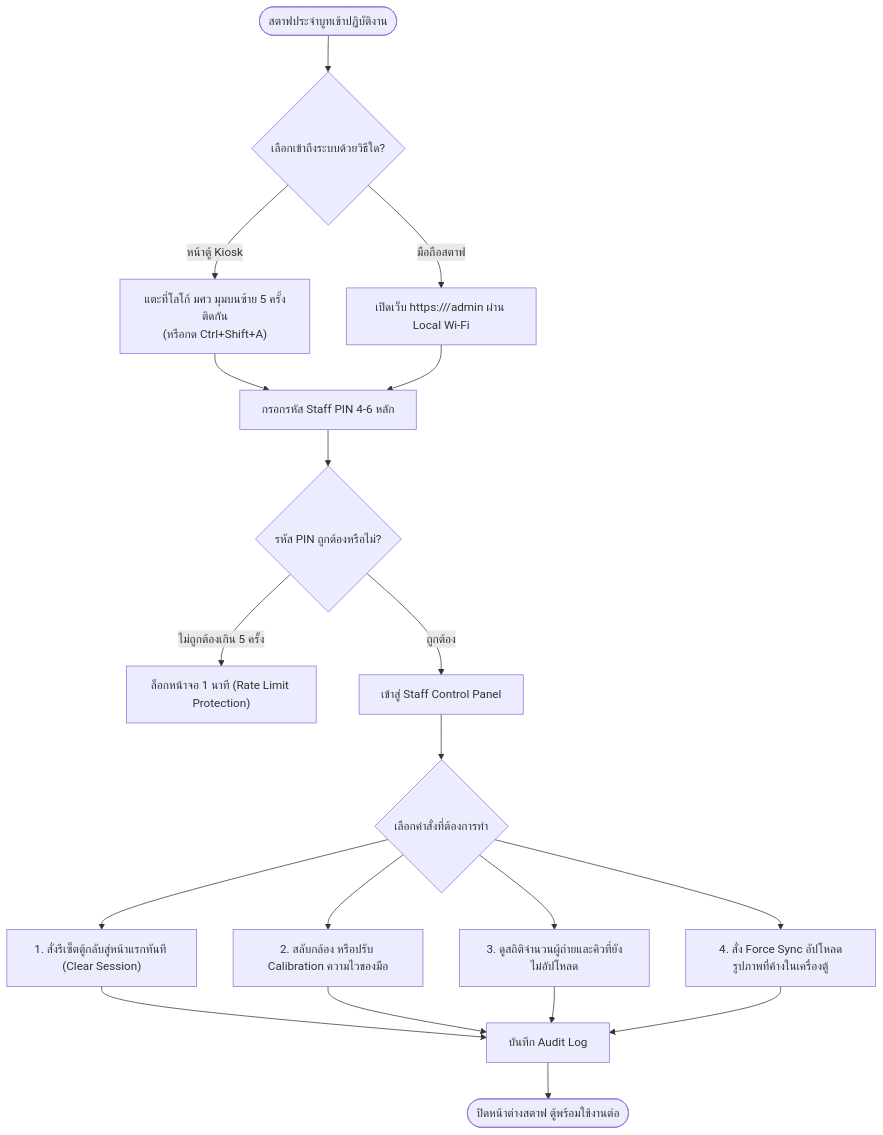
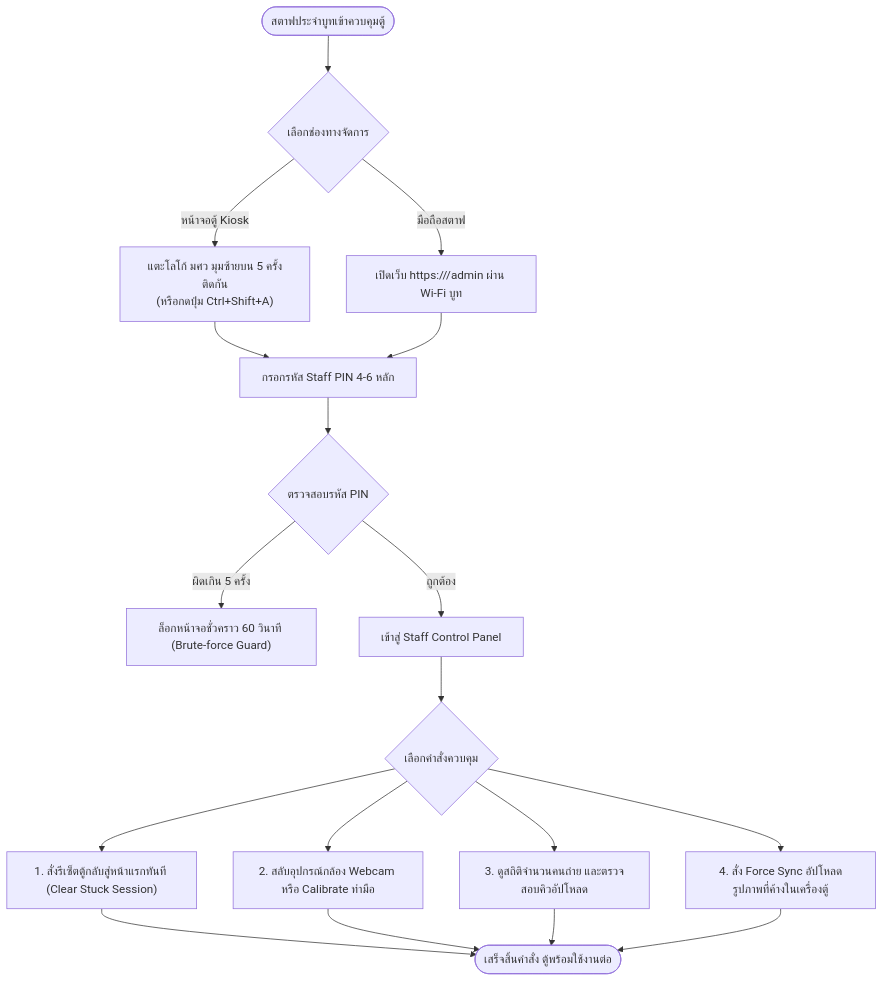
Before and after one commit to icelandz9/swu-openhouse: the fifth of 12 diagrams in ducument-sathit/task01/system-architecture-and-sequence-flow.md, drawn with Mermaid. The commit also changed other lines of this file and 1 other file, not shown here.

Commit message:
docs: finalize pure Photo Booth System Architecture and Sequence Flows based on grill-me locks

````diff
--- a/ducument-sathit/task01/system-architecture-and-sequence-flow.md
+++ b/ducument-sathit/task01/system-architecture-and-sequence-flow.md
@@ -230,26 +207,25 @@
 ```mermaid
 flowchart TD
-    StaffStart(["สตาฟประจำบูทเข้าปฏิบัติงาน"]) --> AccessMethod{"เลือกเข้าถึงระบบด้วยวิธีใด?"}
-    
-    AccessMethod -->|หน้าตู้ Kiosk| TouchLogo["แตะที่โลโก้ มศว มุมบนซ้าย 5 ครั้งติดกัน<br>(หรือกด Ctrl+Shift+A)"]
-    AccessMethod -->|มือถือสตาฟ| OpenAdmin["เปิดเว็บ https://<domain>/admin ผ่าน Local Wi-Fi"]
+    StaffStart(["สตาฟประจำบูทเข้าควบคุมตู้"]) --> ChooseMethod{"เลือกช่องทางจัดการ"}
 
-    TouchLogo --> EnterPIN["กรอกรหัส Staff PIN 4-6 หลัก"]
-    OpenAdmin --> EnterPIN
+    ChooseMethod -->|หน้าจอตู้ Kiosk| TapLogo["แตะโลโก้ มศว มุมซ้ายบน 5 ครั้งติดกัน<br>(หรือกดปุ่ม Ctrl+Shift+A)"]
+    ChooseMethod -->|มือถือสตาฟ| OpenPhone["เปิดเว็บ https://<domain>/admin ผ่าน Wi-Fi บูท"]
 
-    EnterPIN --> PINCheck{"รหัส PIN ถูกต้องหรือไม่?"}
-    PINCheck -->|ไม่ถูกต้องเกิน 5 ครั้ง| Lockout["ล็อกหน้าจอ 1 นาที (Rate Limit Protection)"]
-    PINCheck -->|ถูกต้อง| StaffDashboard["เข้าสู่ Staff Control Panel"]
+    TapLogo --> PromptPIN["กรอกรหัส Staff PIN 4-6 หลัก"]
+    OpenPhone --> PromptPIN
 
-    StaffDashboard --> ActionSelect{"เลือกคำสั่งที่ต้องการทำ"}
-    ActionSelect --> ResetKiosk["1. สั่งรีเซ็ตตู้กลับสู่หน้าแรกทันที (Clear Session)"]
-    ActionSelect --> SwitchCam["2. สลับกล้อง หรือปรับ Calibration ความไวของมือ"]
-    ActionSelect --> ViewStats["3. ดูสถิติจำนวนผู้ถ่ายและคิวที่ยังไม่อัปโหลด"]
-    ActionSelect --> ForceSync["4. สั่ง Force Sync อัปโหลดรูปภาพที่ค้างในเครื่องตู้"]
+    PromptPIN --> CheckPIN{"ตรวจสอบรหัส PIN"}
+    CheckPIN -->|ผิดเกิน 5 ครั้ง| Lockout["ล็อกหน้าจอชั่วคราว 60 วินาที (Brute-force Guard)"]
+    CheckPIN -->|ถูกต้อง| Panel["เข้าสู่ Staff Control Panel"]
 
-    ResetKiosk --> LogAction["บันทึก Audit Log"]
-    SwitchCam --> LogAction
-    ViewStats --> LogAction
-    ForceSync --> LogAction
-    LogAction --> StaffEnd(["ปิดหน้าต่างสตาฟ ตู้พร้อมใช้งานต่อ"])
+    Panel --> SelectCommand{"เลือกคำสั่งควบคุม"}
+    SelectCommand --> CmdReset["1. สั่งรีเซ็ตตู้กลับสู่หน้าแรกทันที (Clear Stuck Session)"]
+    SelectCommand --> CmdCam["2. สลับอุปกรณ์กล้อง Webcam หรือ Calibrate ท่ามือ"]
+    SelectCommand --> CmdStats["3. ดูสถิติจำนวนคนถ่าย และตรวจสอบคิวอัปโหลด"]
+    SelectCommand --> CmdSync["4. สั่ง Force Sync อัปโหลดรูปภาพที่ค้างในเครื่องตู้"]
+
+    CmdReset --> StaffDone(["เสร็จสิ้นคำสั่ง ตู้พร้อมใช้งานต่อ"])
+    CmdCam --> StaffDone
+    CmdStats --> StaffDone
+    CmdSync --> StaffDone
 ```
````
